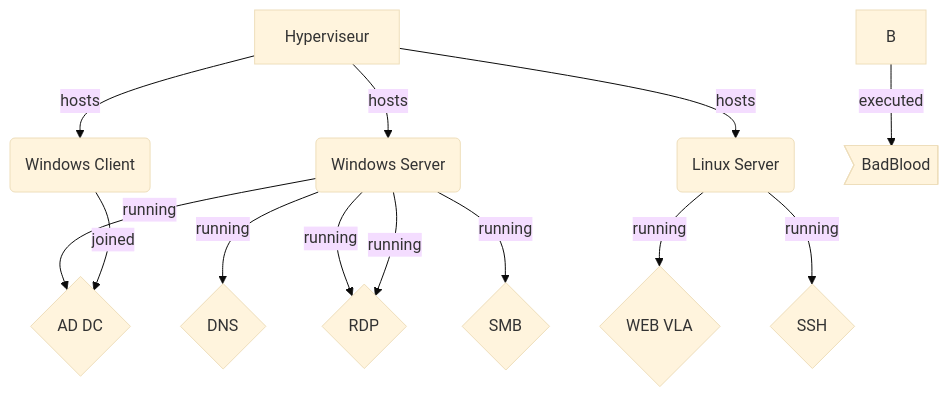
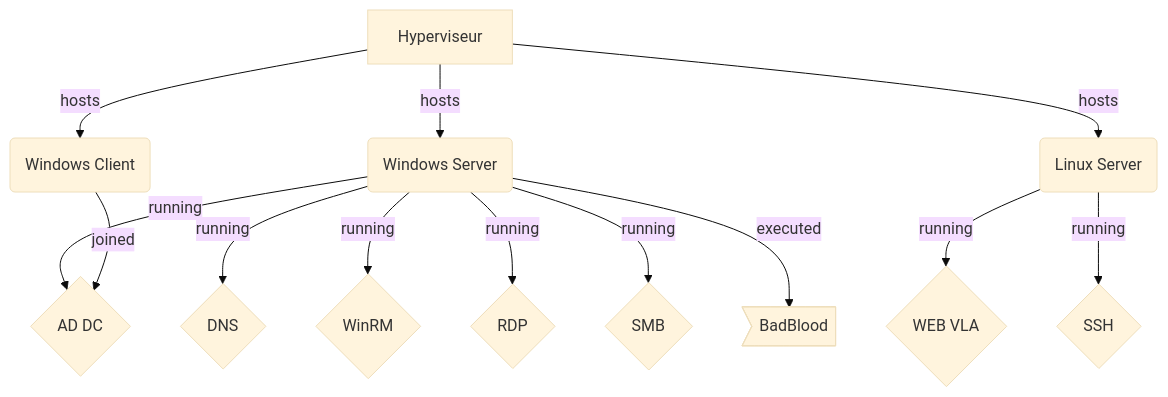
The diagram in Dojo-101-Apprentissage/10-MESP-Creation-Lab.md (Aif4thah/Dojo-101), drawn with Mermaid (base theme) before and after one commit.

````diff
--- a/Dojo-101-Apprentissage/10-MESP-Creation-Lab.md
+++ b/Dojo-101-Apprentissage/10-MESP-Creation-Lab.md
@@ -42,19 +42,19 @@
 ```mermaid
 flowchart TD
     A[Hyperviseur] -->|hosts| W(Windows Server)
     A --> | hosts| C(Windows Client)
     A --> | hosts| L(Linux Server)
 
     W --> |running| Z{AD DC}
     W --> |running| E{DNS}
     W --> |running| F{WinRM}
-    W --> |running| F{RDP}
-    W --> |running| G{SMB}  
+    W --> |running| R{RDP}
+    W --> |running| G{SMB} 
+    W --> |executed| J>BadBlood] 
 
     L --> |running| H{WEB VLA}
     L --> |running| I{SSH}
 
     C --> |joined| Z
 
-    B --> |executed| J>BadBlood]
 ```
````
